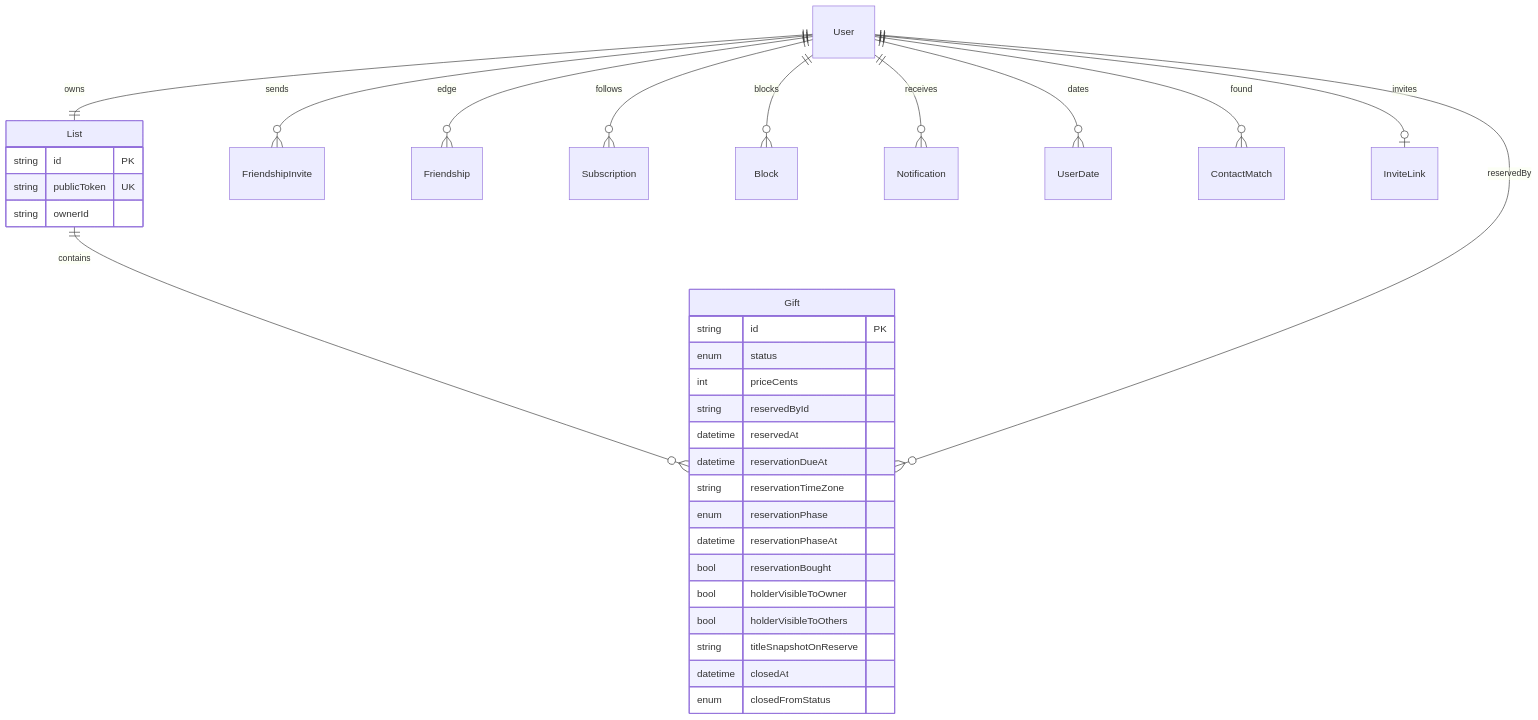
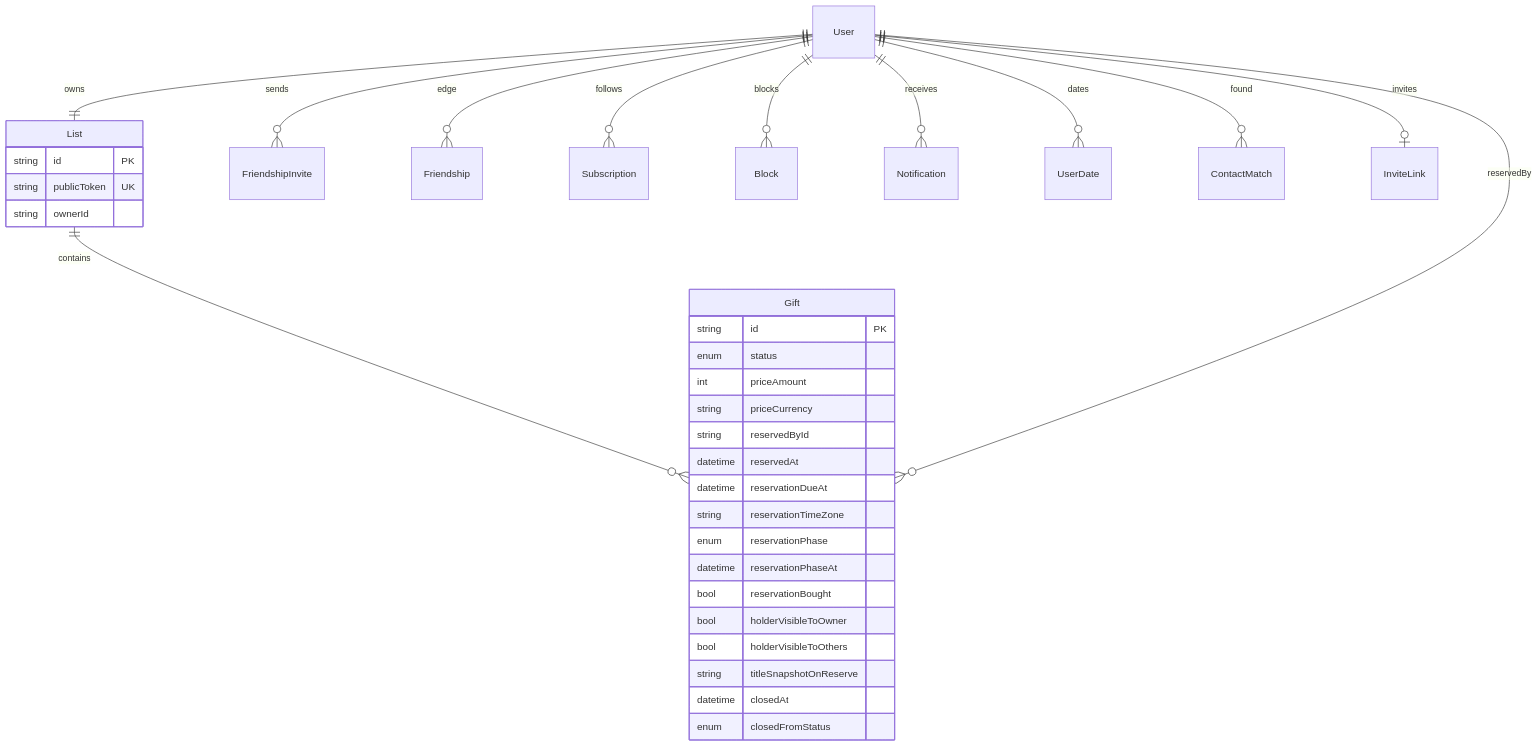
The second of 3 diagrams in _bmad-output/planning-artifacts/architecture/architecture-gift-list-2026-09-30/ARCHITECTURE-SPINE.md (Clever-Agency/Gift-list), drawn with Mermaid before and after one commit. The commit also changed other lines of this file and 6 other files, not shown here.

````diff
--- a/_bmad-output/planning-artifacts/architecture/architecture-gift-list-2026-09-30/ARCHITECTURE-SPINE.md
+++ b/_bmad-output/planning-artifacts/architecture/architecture-gift-list-2026-09-30/ARCHITECTURE-SPINE.md
@@ -398,36 +411,37 @@
 ```mermaid
 erDiagram
   User ||--|| List : owns
   List ||--o{ Gift : contains
   User ||--o{ Gift : reservedBy
   User ||--o{ FriendshipInvite : sends
   User ||--o{ Friendship : edge
   User ||--o{ Subscription : follows
   User ||--o{ Block : blocks
   User ||--o{ Notification : receives
   User ||--o{ UserDate : dates
   User ||--o{ ContactMatch : found
   User ||--o| InviteLink : invites
   List {
     string id PK
     string publicToken UK
     string ownerId
   }
   Gift {
     string id PK
     enum status
-    int priceCents
+    int priceAmount
+    string priceCurrency
     string reservedById
     datetime reservedAt
     datetime reservationDueAt
     string reservationTimeZone
     enum reservationPhase
     datetime reservationPhaseAt
     bool reservationBought
     bool holderVisibleToOwner
     bool holderVisibleToOthers
     string titleSnapshotOnReserve
     datetime closedAt
     enum closedFromStatus
   }
 ```
````
